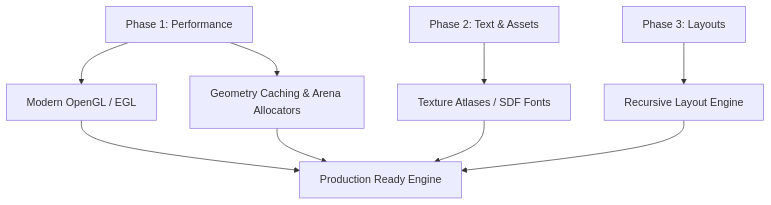
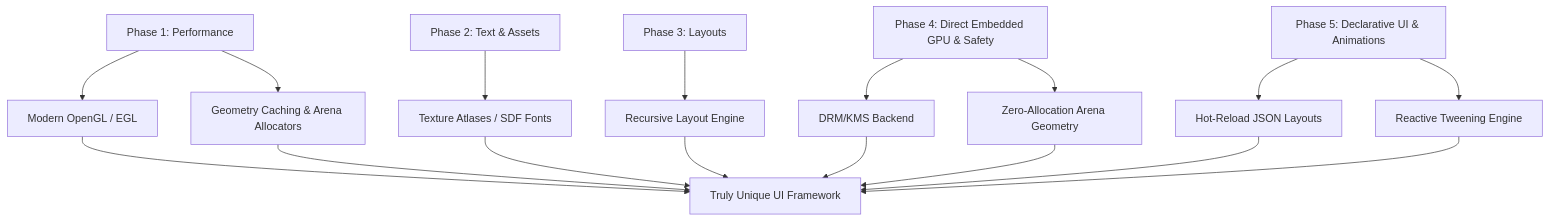
Before and after one commit to Corey255A1/ooey: the diagram in docs/09-architectural-analysis-and-technical-roadmap.md, drawn with Mermaid. The commit also changed other lines of this file and 15 other files, not shown here.

````diff
--- a/docs/09-architectural-analysis-and-technical-roadmap.md
+++ b/docs/09-architectural-analysis-and-technical-roadmap.md
@@ -77,14 +77,24 @@
 ```mermaid
 graph TD
     A[Phase 1: Performance] --> B[Modern OpenGL / EGL]
     A --> C[Geometry Caching & Arena Allocators]
     
     D[Phase 2: Text & Assets] --> E[Texture Atlases / SDF Fonts]
     
     F[Phase 3: Layouts] --> G[Recursive Layout Engine]
     
-    B --> H[Production Ready Engine]
+    I[Phase 4: Direct Embedded GPU & Safety] --> J[DRM/KMS Backend]
+    I --> K[Zero-Allocation Arena Geometry]
+    
+    L[Phase 5: Declarative UI & Animations] --> M[Hot-Reload JSON Layouts]
+    L --> N[Reactive Tweening Engine]
+    
+    B --> H[Truly Unique UI Framework]
     C --> H
     E --> H
     G --> H
+    J --> H
+    K --> H
+    M --> H
+    N --> H
 ```
````
